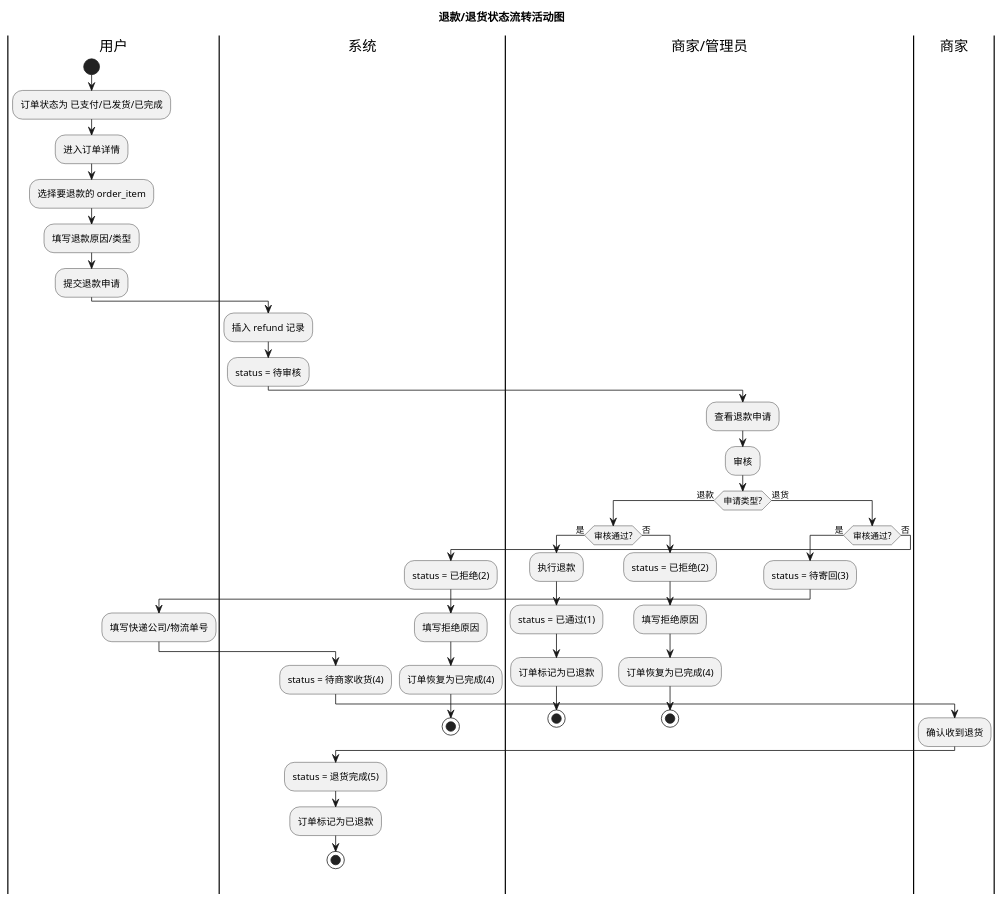
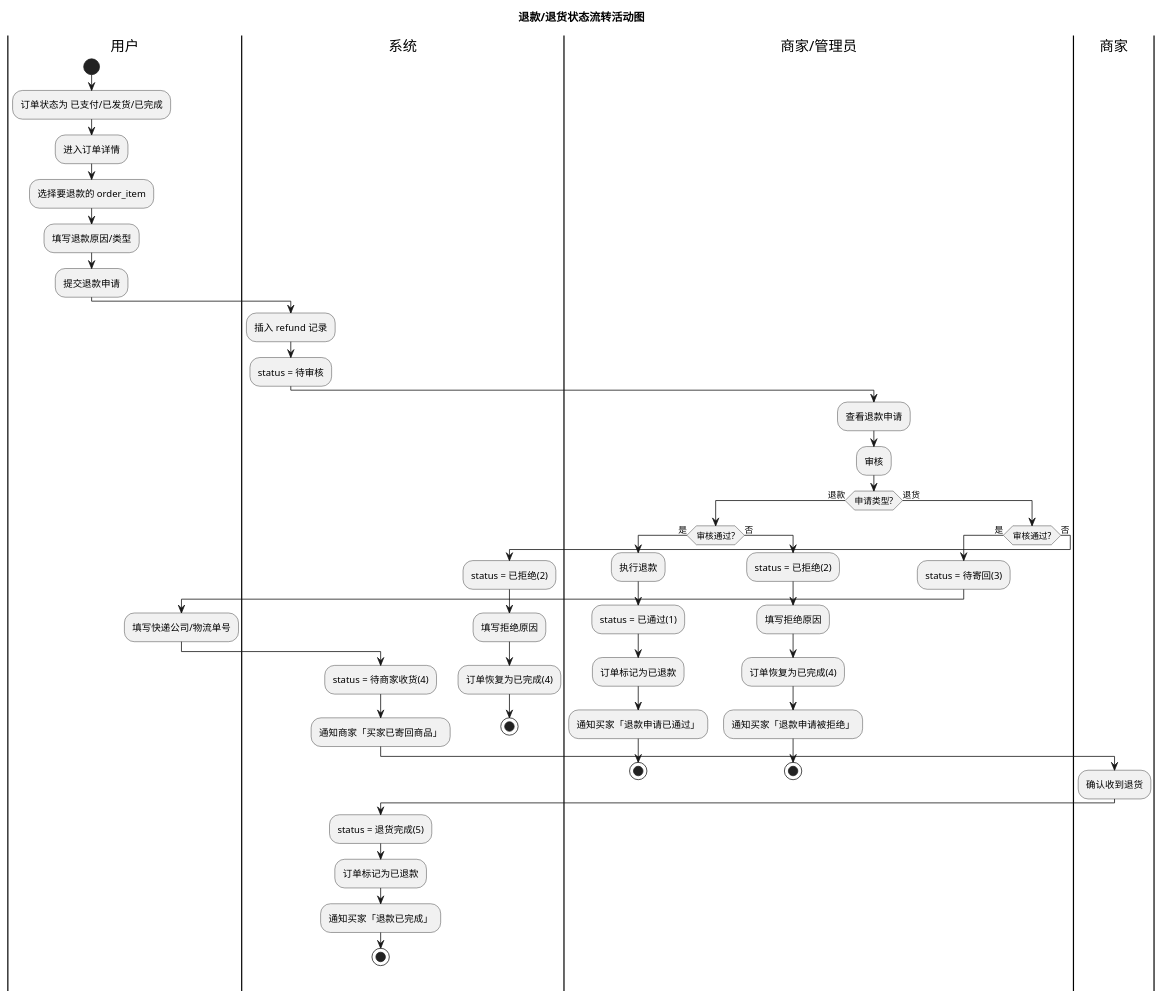
The third of 3 diagrams in uml/uml-activity.puml (KIM406-CMD/chrono), drawn with PlantUML before and after one commit. The commit also changed other lines of this file and 25 other files, not shown here.

First line of the commit message:
docs: 同步站内通知与商家隔离文档及 UML

```diff
--- a/uml/uml-activity.puml
+++ b/uml/uml-activity.puml
@@ -129,54 +133,58 @@
 @startuml 退款退货状态流转
 
 title 退款/退货状态流转活动图
 
 |用户|
 start
 :订单状态为 已支付/已发货/已完成;
 :进入订单详情;
 :选择要退款的 order_item;
 :填写退款原因/类型;
 :提交退款申请;
 
 |系统|
 :插入 refund 记录;
 :status = 待审核;
 
 |商家/管理员|
 :查看退款申请;
 :审核;
 
 if (申请类型?) then (退款)
   if (审核通过?) then (是)
     :执行退款;
     :status = 已通过(1);
     :订单标记为已退款;
+    :通知买家「退款申请已通过」;
     stop
   else (否)
     :status = 已拒绝(2);
     :填写拒绝原因;
     :订单恢复为已完成(4);
+    :通知买家「退款申请被拒绝」;
     stop
   endif
 else (退货)
   if (审核通过?) then (是)
     :status = 待寄回(3);
     |用户|
     :填写快递公司/物流单号;
     |系统|
     :status = 待商家收货(4);
+    :通知商家「买家已寄回商品」;
     |商家|
     :确认收到退货;
     |系统|
     :status = 退货完成(5);
     :订单标记为已退款;
+    :通知买家「退款已完成」;
     stop
   else (否)
     :status = 已拒绝(2);
     :填写拒绝原因;
     :订单恢复为已完成(4);
     stop
   endif
 endif
 
 @enduml
```
